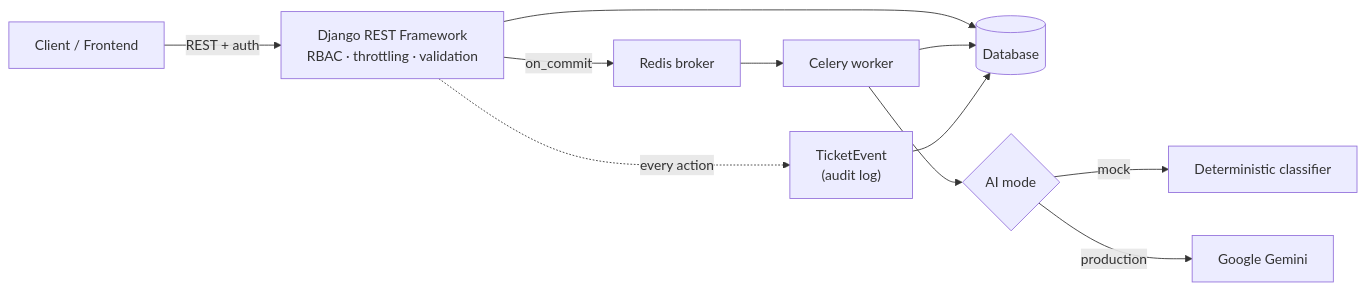
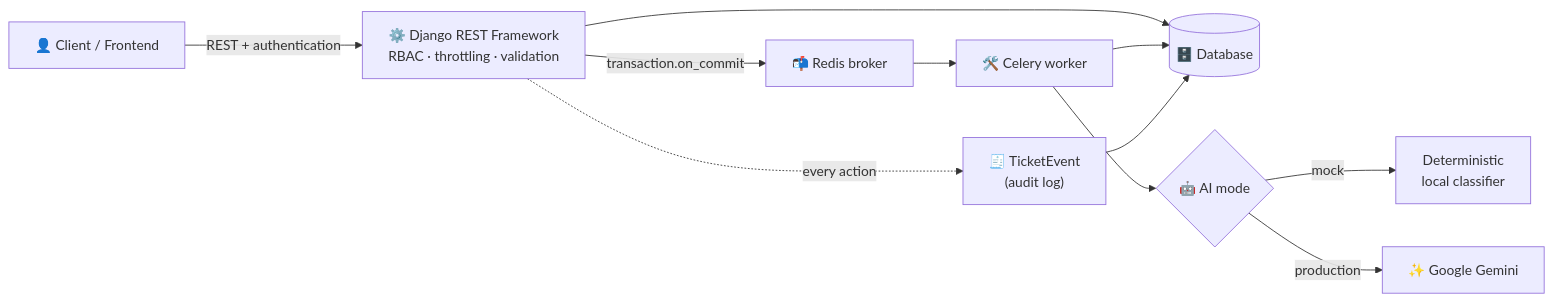
The first of 4 diagrams in README.md (ShashankSingh2020/support-ticket-system), drawn with Mermaid before and after one commit. The commit also changed other lines of this file, not shown here.

````diff
--- a/README.md
+++ b/README.md
@@ -67,13 +122,13 @@
 ```mermaid
 flowchart LR
-    C["Client / Frontend"] -- "REST + auth" --> API["Django REST Framework<br/>RBAC · throttling · validation"]
-    API --> DB[("Database")]
-    API -- "on_commit" --> R["Redis broker"]
-    R --> W["Celery worker"]
-    W --> AI{"AI mode"}
-    AI -- "mock" --> M["Deterministic classifier"]
-    AI -- "production" --> G["Google Gemini"]
+    C["👤 Client / Frontend"] -- "REST + authentication" --> API["⚙️ Django REST Framework<br/>RBAC · throttling · validation"]
+    API --> DB[("🗄️ Database")]
+    API -- "transaction.on_commit" --> R["📬 Redis broker"]
+    R --> W["🛠️ Celery worker"]
+    W --> AI{"🤖 AI mode"}
+    AI -- "mock" --> M["Deterministic<br/>local classifier"]
+    AI -- "production" --> G["✨ Google Gemini"]
     W --> DB
-    API -. "every action" .-> A["TicketEvent<br/>(audit log)"]
+    API -. "every action" .-> A["🧾 TicketEvent<br/>(audit log)"]
     A --> DB
 ```
````
